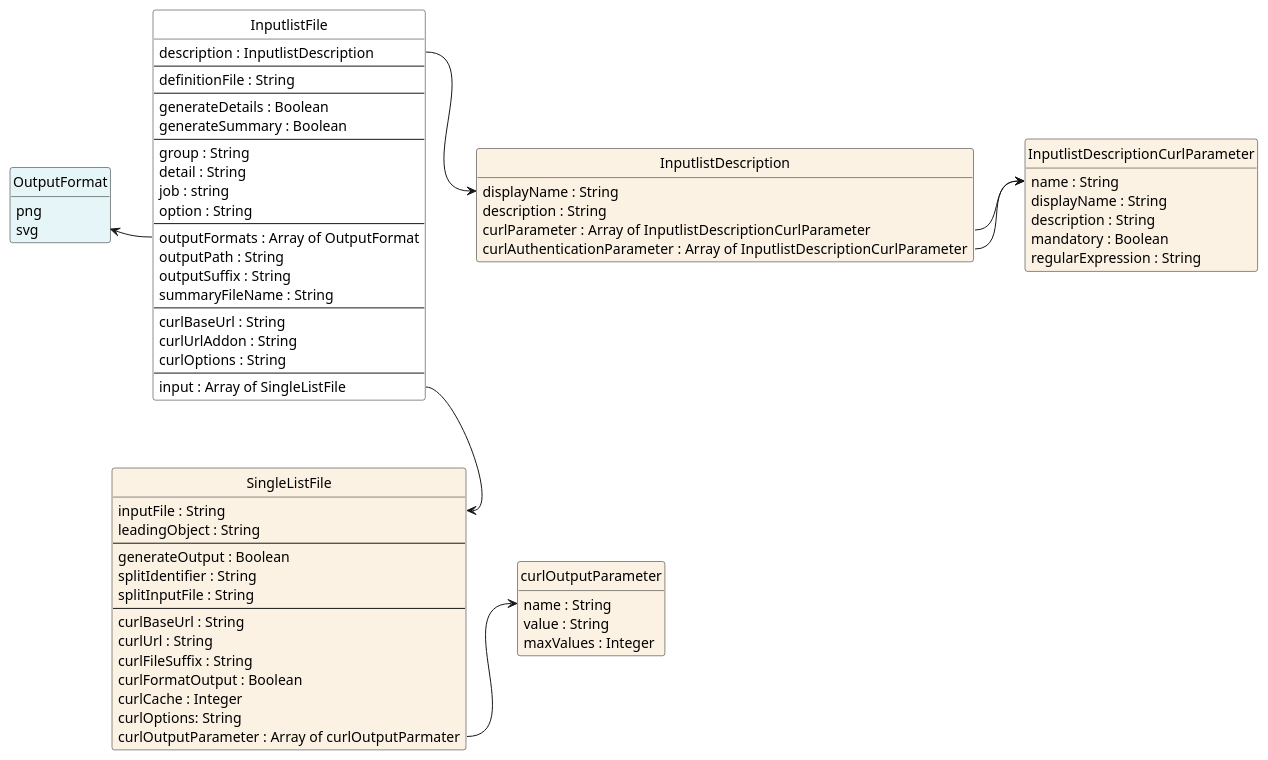
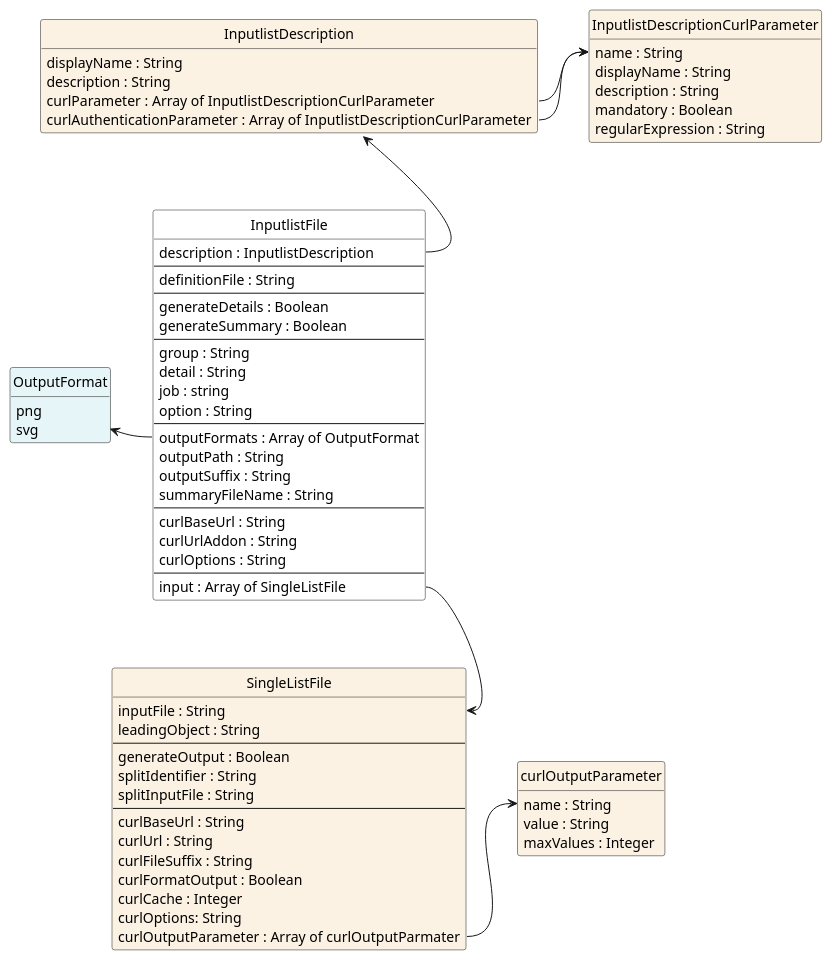
One commit to jfudickar/json2puml changed the diagram in documentation/models/listfile/listfile.puml. Above: the diagram before and after it, drawn with PlantUML. The commit also changed 10 other files, not shown here.

```diff
--- a/documentation/models/listfile/listfile.puml
+++ b/documentation/models/listfile/listfile.puml
@@ -1,89 +1,89 @@
 @startuml
 hide circle
 hide methods
 hide stereotype
 'skinparam linetype polyline
 show <<Enumeration>> stereotype
 skinparam class {
    BackgroundColor<<Enumeration>> #E6F5F7
    BackgroundColor<<Ref>> #FFFFE0
    BackgroundColor<<Pivot>> #FFFFFFF
    BackgroundColor #FCF2E3
 }
 
 class OutputFormat <<Enumeration>> {
     png
     svg
 }
 
 class InputlistDescription {
     displayName : String
     description : String
     curlParameter : Array of InputlistDescriptionCurlParameter
     curlAuthenticationParameter : Array of InputlistDescriptionCurlParameter
 }
 
 class InputlistDescriptionCurlParameter {
     name : String
     displayName : String
     description : String
     mandatory : Boolean
     regularExpression : String
 }
 
 class InputlistFile  <<Pivot>> {
   description : InputlistDescription
   --
   definitionFile : String
   --
   generateDetails : Boolean 
   generateSummary : Boolean
   --
   group : String
   detail : String
   job : string
   option : String
   --
   outputFormats : Array of OutputFormat 
   outputPath : String
   outputSuffix : String
   summaryFileName : String
   --
   curlBaseUrl : String
   curlUrlAddon : String 
   curlOptions : String
   --
   input : Array of SingleListFile
 }
 
 class curlOutputParameter {
     name : String
     value : String
     maxValues : Integer
 }
 
 class SingleListFile {
     inputFile : String
     leadingObject : String
     ---
 	generateOutput : Boolean
     splitIdentifier : String
     splitInputFile : String
     ---
     curlBaseUrl : String
     curlUrl : String
     curlFileSuffix : String
     curlFormatOutput : Boolean
 	curlCache : Integer
     curlOptions: String
 	curlOutputParameter : Array of curlOutputParmater
 }
 
 InputlistFile::input --> SingleListFile::inputFile
 InputlistFile::outputFormats -left-> OutputFormat
-InputlistFile::description -right-> InputlistDescription::displayName
+InputlistFile::description -up-> InputlistDescription
 InputlistDescription::curlParameter -right-> InputlistDescriptionCurlParameter::name
 InputlistDescription::curlAuthenticationParameter -right-> InputlistDescriptionCurlParameter::name
 SingleListFile::curlOutputParameter -right-> curlOutputParameter::name
 
 @enduml
```
